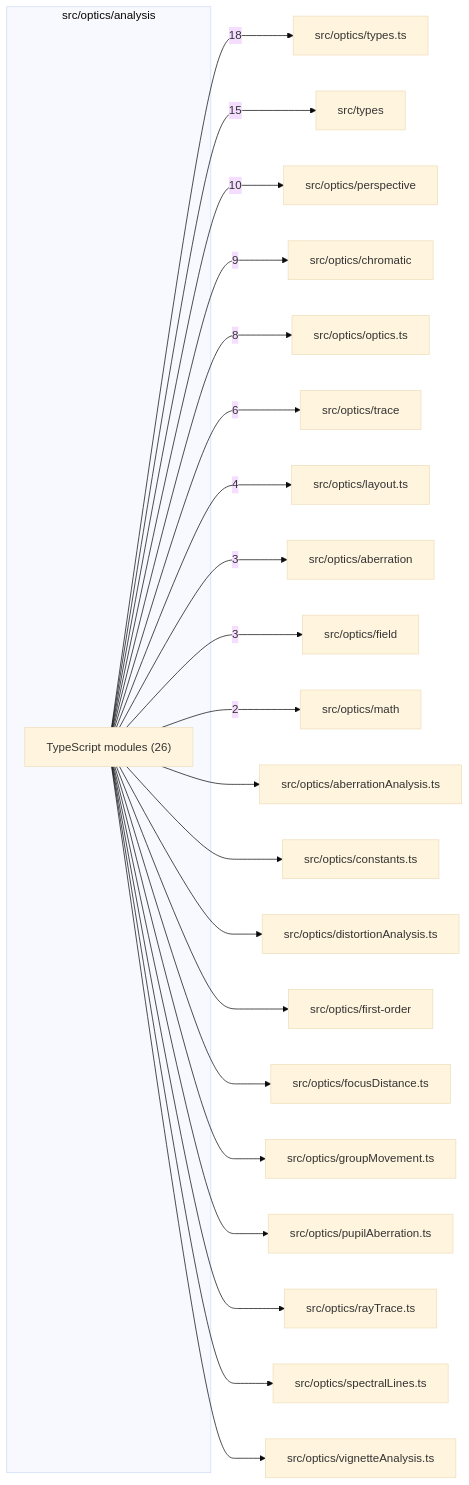
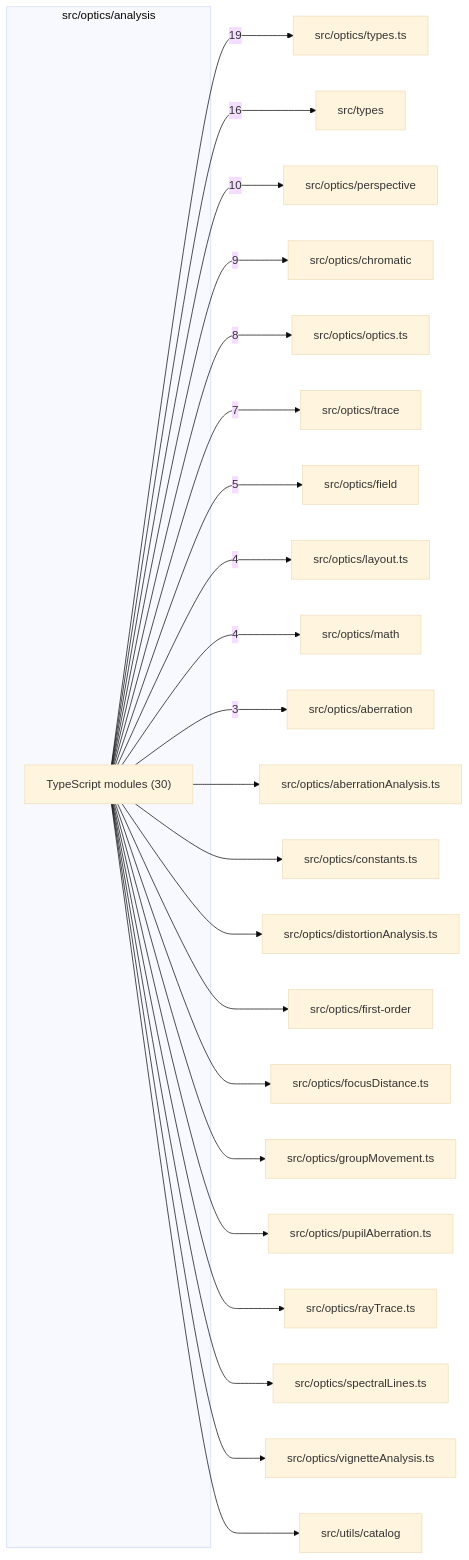
Before and after one commit to ronbuening/LensVisualizer: the diagram in src/optics/analysis/readme.md, drawn with Mermaid (base theme). The commit also changed other lines of this file and 30 other files, not shown here.

````diff
--- a/src/optics/analysis/readme.md
+++ b/src/optics/analysis/readme.md
@@ -9,46 +9,48 @@
 ```mermaid
 flowchart LR
   subgraph n_src_optics_analysis["src/optics/analysis"]
-    n_src_optics_analysis_TypeScript_modules["TypeScript modules (26)"]
+    n_src_optics_analysis_TypeScript_modules["TypeScript modules (30)"]
   end
   n_external_src_optics_types_ts["src/optics/types.ts"]
   n_external_src_types["src/types"]
   n_external_src_optics_perspective["src/optics/perspective"]
   n_external_src_optics_chromatic["src/optics/chromatic"]
   n_external_src_optics_optics_ts["src/optics/optics.ts"]
   n_external_src_optics_trace["src/optics/trace"]
+  n_external_src_optics_field["src/optics/field"]
   n_external_src_optics_layout_ts["src/optics/layout.ts"]
+  n_external_src_optics_math["src/optics/math"]
   n_external_src_optics_aberration["src/optics/aberration"]
-  n_external_src_optics_field["src/optics/field"]
-  n_external_src_optics_math["src/optics/math"]
   n_external_src_optics_aberrationAnalysis_ts["src/optics/aberrationAnalysis.ts"]
   n_external_src_optics_constants_ts["src/optics/constants.ts"]
   n_external_src_optics_distortionAnalysis_ts["src/optics/distortionAnalysis.ts"]
   n_external_src_optics_first_order["src/optics/first-order"]
   n_external_src_optics_focusDistance_ts["src/optics/focusDistance.ts"]
   n_external_src_optics_groupMovement_ts["src/optics/groupMovement.ts"]
   n_external_src_optics_pupilAberration_ts["src/optics/pupilAberration.ts"]
   n_external_src_optics_rayTrace_ts["src/optics/rayTrace.ts"]
   n_external_src_optics_spectralLines_ts["src/optics/spectralLines.ts"]
   n_external_src_optics_vignetteAnalysis_ts["src/optics/vignetteAnalysis.ts"]
-  n_src_optics_analysis_TypeScript_modules --> |18| n_external_src_optics_types_ts
-  n_src_optics_analysis_TypeScript_modules --> |15| n_external_src_types
+  n_external_src_utils_catalog["src/utils/catalog"]
+  n_src_optics_analysis_TypeScript_modules --> |19| n_external_src_optics_types_ts
+  n_src_optics_analysis_TypeScript_modules --> |16| n_external_src_types
   n_src_optics_analysis_TypeScript_modules --> |10| n_external_src_optics_perspective
   n_src_optics_analysis_TypeScript_modules --> |9| n_external_src_optics_chromatic
   n_src_optics_analysis_TypeScript_modules --> |8| n_external_src_optics_optics_ts
-  n_src_optics_analysis_TypeScript_modules --> |6| n_external_src_optics_trace
+  n_src_optics_analysis_TypeScript_modules --> |7| n_external_src_optics_trace
+  n_src_optics_analysis_TypeScript_modules --> |5| n_external_src_optics_field
   n_src_optics_analysis_TypeScript_modules --> |4| n_external_src_optics_layout_ts
+  n_src_optics_analysis_TypeScript_modules --> |4| n_external_src_optics_math
   n_src_optics_analysis_TypeScript_modules --> |3| n_external_src_optics_aberration
-  n_src_optics_analysis_TypeScript_modules --> |3| n_external_src_optics_field
-  n_src_optics_analysis_TypeScript_modules --> |2| n_external_src_optics_math
   n_src_optics_analysis_TypeScript_modules --> n_external_src_optics_aberrationAnalysis_ts
   n_src_optics_analysis_TypeScript_modules --> n_external_src_optics_constants_ts
   n_src_optics_analysis_TypeScript_modules --> n_external_src_optics_distortionAnalysis_ts
   n_src_optics_analysis_TypeScript_modules --> n_external_src_optics_first_order
   n_src_optics_analysis_TypeScript_modules --> n_external_src_optics_focusDistance_ts
   n_src_optics_analysis_TypeScript_modules --> n_external_src_optics_groupMovement_ts
   n_src_optics_analysis_TypeScript_modules --> n_external_src_optics_pupilAberration_ts
   n_src_optics_analysis_TypeScript_modules --> n_external_src_optics_rayTrace_ts
   n_src_optics_analysis_TypeScript_modules --> n_external_src_optics_spectralLines_ts
   n_src_optics_analysis_TypeScript_modules --> n_external_src_optics_vignetteAnalysis_ts
+  n_src_optics_analysis_TypeScript_modules --> n_external_src_utils_catalog
 ```
````
